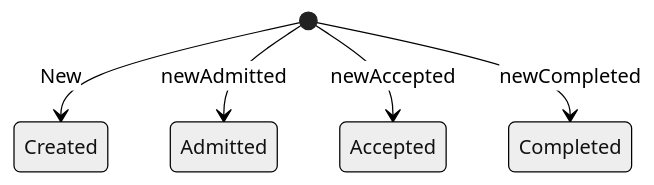
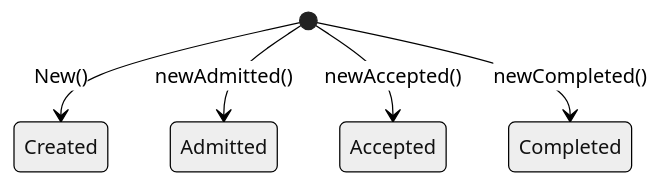
Before and after one commit to temporalio/temporal: the second of 5 diagrams in docs/architecture/workflow-update.md, drawn with Mermaid (neutral theme). The commit also changed other lines of this file and 1 other file, not shown here.

````diff
--- a/docs/architecture/workflow-update.md
+++ b/docs/architecture/workflow-update.md
@@ -113,7 +117,7 @@
 ```mermaid
 stateDiagram-v2
-    [*] --> Created: New
-    [*] --> Admitted: newAdmitted
-    [*] --> Accepted: newAccepted
-    [*] --> Completed: newCompleted
+    [*] --> Created: New()
+    [*] --> Admitted: newAdmitted()
+    [*] --> Accepted: newAccepted()
+    [*] --> Completed: newCompleted()
 ```
````
